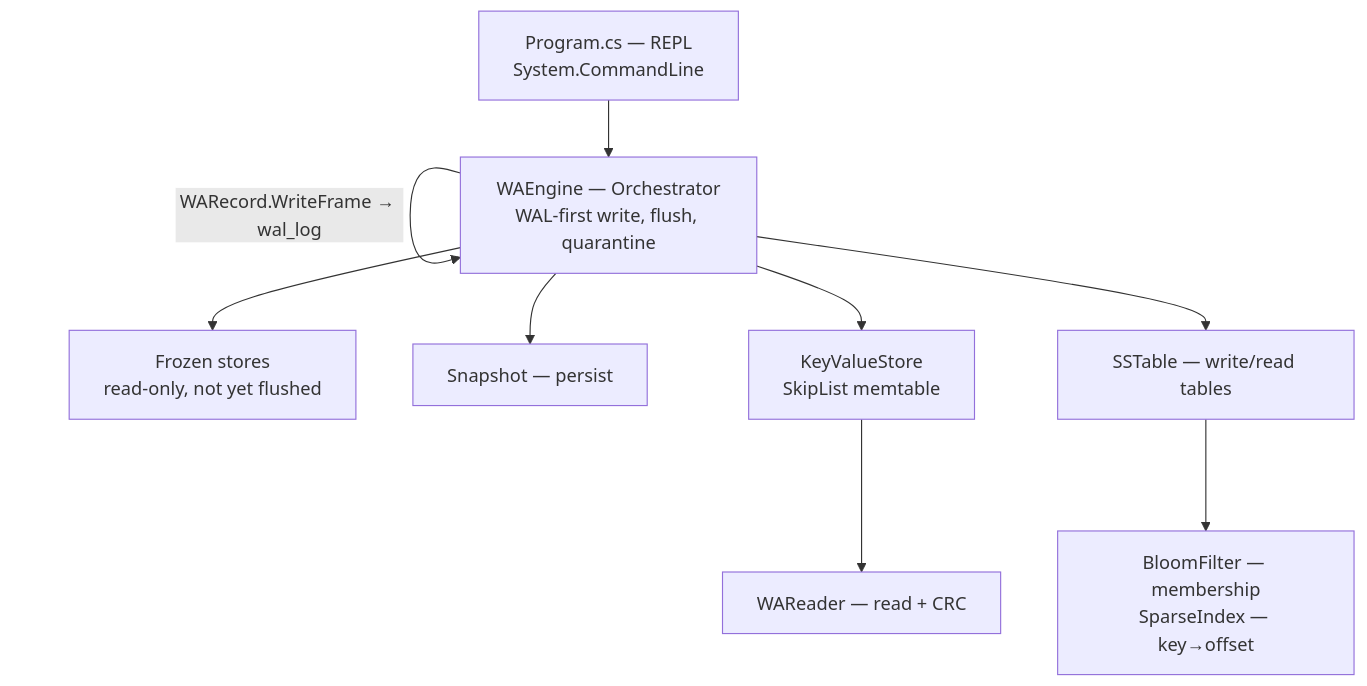
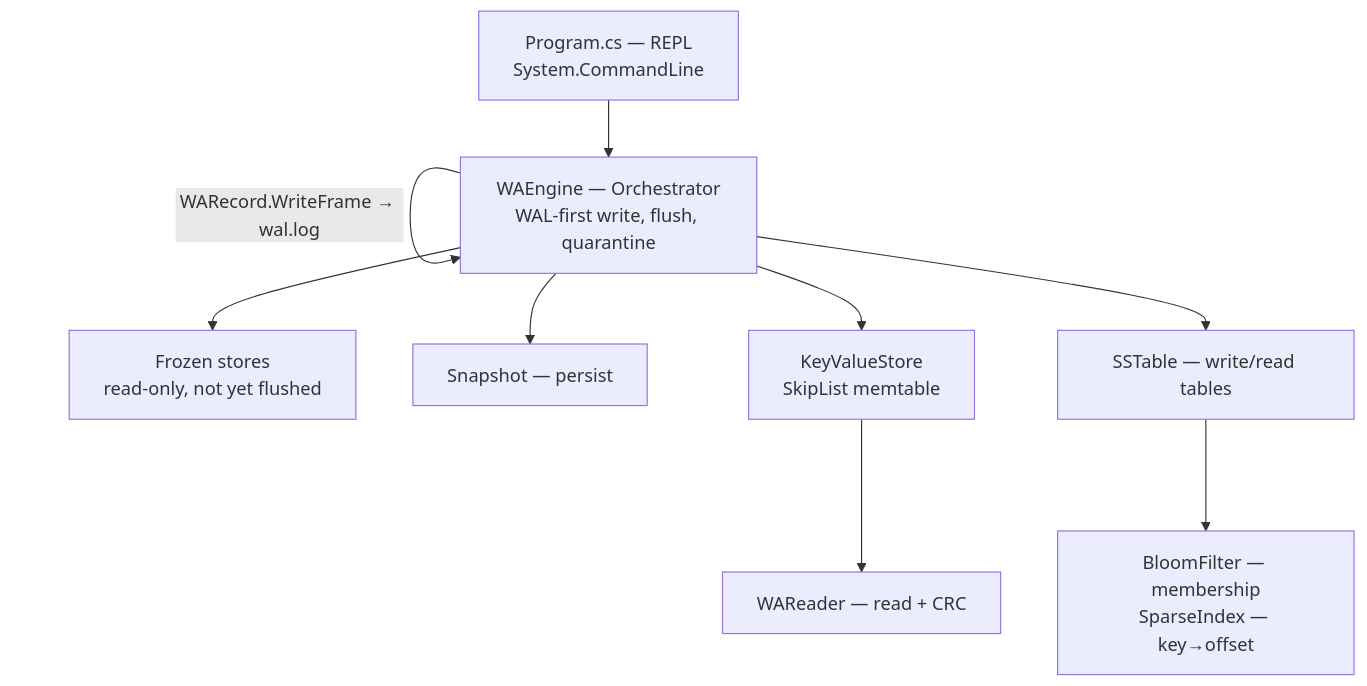
The diagram in docs/DESIGN.md (Eslam-LC/kv_store), drawn with Mermaid before and after one commit. The commit also changed other lines of this file and 4 other files, not shown here.

Commit message:
docs: engine-init loads snapshot+WAL before tables; wal_log -> wal.log

````diff
--- a/docs/DESIGN.md
+++ b/docs/DESIGN.md
@@ -51,20 +51,20 @@
 ```mermaid
 flowchart TB
     CLI["Program.cs — REPL\nSystem.CommandLine"]
     Engine["WAEngine — Orchestrator\nWAL-first write, flush, quarantine"]
     Store["KeyValueStore\nSkipList memtable"]
     Frozen["Frozen stores\nread-only, not yet flushed"]
     Snap["Snapshot — persist"]
     Reader["WAReader — read + CRC"]
     SST["SSTable — write/read tables"]
     Br["BloomFilter — membership<br/>SparseIndex — key→offset"]
 
     CLI --> Engine
-    Engine --"WARecord.WriteFrame → wal_log"--> Engine
+    Engine --"WARecord.WriteFrame → wal.log"--> Engine
     Engine --> Store
     Engine --> Snap
     Engine --> Frozen
     Store --> Reader
     Engine --> SST
     SST --> Br
 ```
````
